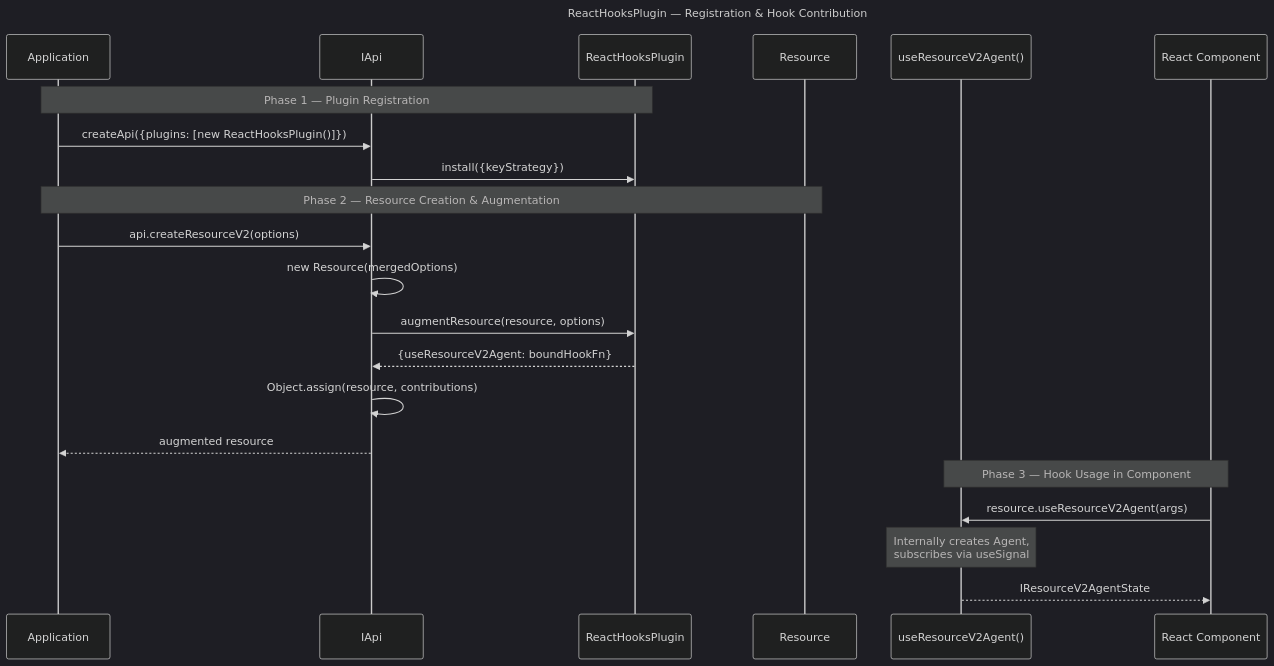
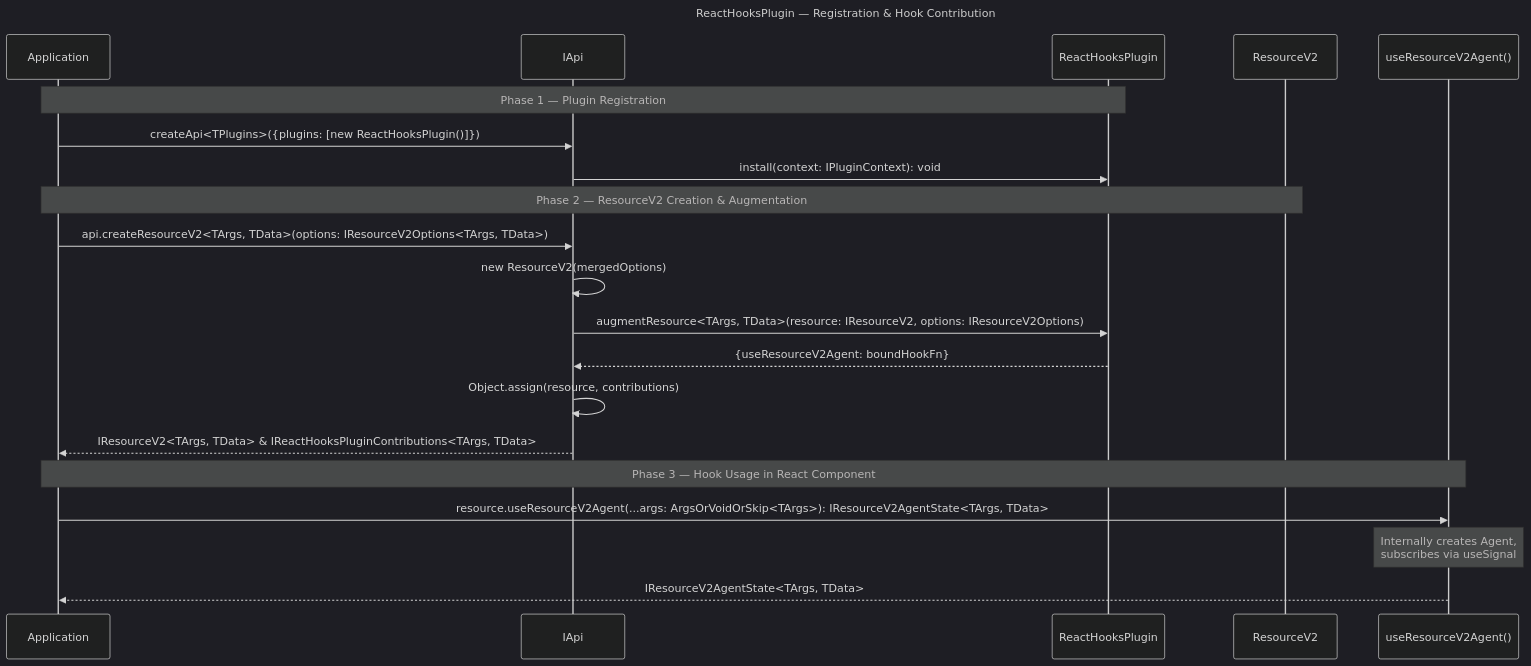
One commit to fozy-labs/rx-toolkit changed diagram 12 of 19 in .thoughts/2026-03-23-1400_query-v2-full-implementation/02-design/02-dataflow.md. Above: the diagram before and after it, drawn with Mermaid (dark theme). The commit also changed other lines of this file and 204 other files, not shown here.

````diff
--- a/.thoughts/2026-03-23-1400_query-v2-full-implementation/02-design/02-dataflow.md
+++ b/.thoughts/2026-03-23-1400_query-v2-full-implementation/02-design/02-dataflow.md
@@ -359,27 +372,26 @@
 ```mermaid
 sequenceDiagram
     title ReactHooksPlugin — Registration & Hook Contribution
     participant App as Application
     participant API as IApi
     participant RHP as ReactHooksPlugin
-    participant Res as Resource
+    participant Res as ResourceV2
     participant Hook as useResourceV2Agent()
-    participant RC as React Component
     
     Note over App,RHP: Phase 1 — Plugin Registration
-    App->>API: createApi({plugins: [new ReactHooksPlugin()]})
-    API->>RHP: install({keyStrategy})
+    App->>API: createApi<TPlugins>({plugins: [new ReactHooksPlugin()]})
+    API->>RHP: install(context: IPluginContext): void
     
-    Note over App,Res: Phase 2 — Resource Creation & Augmentation
-    App->>API: api.createResourceV2(options)
-    API->>API: new Resource(mergedOptions)
-    API->>RHP: augmentResource(resource, options)
+    Note over App,Res: Phase 2 — ResourceV2 Creation & Augmentation
+    App->>API: api.createResourceV2<TArgs, TData>(options: IResourceV2Options<TArgs, TData>)
+    API->>API: new ResourceV2(mergedOptions)
+    API->>RHP: augmentResource<TArgs, TData>(resource: IResourceV2, options: IResourceV2Options)
     RHP-->>API: {useResourceV2Agent: boundHookFn}
     API->>API: Object.assign(resource, contributions)
-    API-->>App: augmented resource
+    API-->>App: IResourceV2<TArgs, TData> & IReactHooksPluginContributions<TArgs, TData>
     
-    Note over RC,Hook: Phase 3 — Hook Usage in Component
-    RC->>Hook: resource.useResourceV2Agent(args)
+    Note over App,Hook: Phase 3 — Hook Usage in React Component
+    App->>Hook: resource.useResourceV2Agent(...args: ArgsOrVoidOrSkip<TArgs>): IResourceV2AgentState<TArgs, TData>
     Note over Hook: Internally creates Agent,<br/>subscribes via useSignal
-    Hook-->>RC: IResourceV2AgentState
+    Hook-->>App: IResourceV2AgentState<TArgs, TData>
 ```
````
